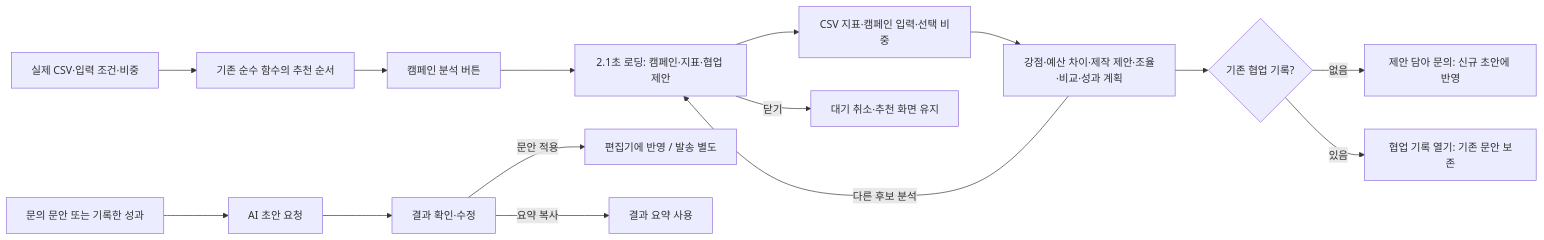
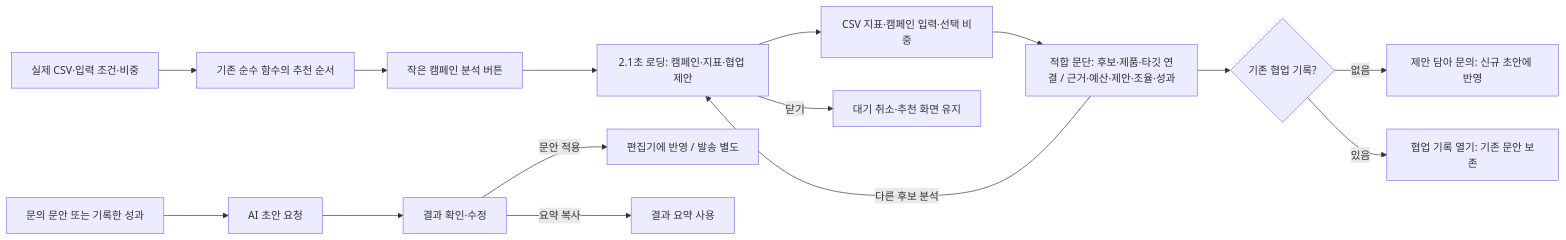
The third of 3 diagrams in flowchart.md (vk2commits/creator-match), drawn with Mermaid before and after one commit. The commit also changed other lines of this file and 8 other files, not shown here.

````diff
--- a/flowchart.md
+++ b/flowchart.md
@@ -117,17 +117,17 @@
 ```mermaid
 flowchart LR
-    A["캠페인 분석 버튼"] --> L["2.1초 로딩: 캠페인·지표·협업 제안"]
+    A["작은 캠페인 분석 버튼"] --> L["2.1초 로딩: 캠페인·지표·협업 제안"]
     L --> B["CSV 지표·캠페인 입력·선택 비중"]
-    B --> C["강점·예산 차이·제작 제안·조율·비교·성과 계획"]
+    B --> C["적합 문단: 후보·제품·타깃 연결 / 근거·예산·제안·조율·성과"]
     C --> D{"기존 협업 기록?"}
     D -- 없음 --> E["제안 담아 문의: 신규 초안에 반영"]
     D -- 있음 --> F["협업 기록 열기: 기존 문안 보존"]
     C -- 다른 후보 분석 --> L
     L -- 닫기 --> X["대기 취소·추천 화면 유지"]
     I["실제 CSV·입력 조건·비중"] --> J["기존 순수 함수의 추천 순서"]
     J --> A
     P["문의 문안 또는 기록한 성과"] --> Q["AI 초안 요청"]
     Q --> R["결과 확인·수정"]
     R -- 문안 적용 --> S["편집기에 반영 / 발송 별도"]
     R -- 요약 복사 --> T["결과 요약 사용"]
 ```
````
